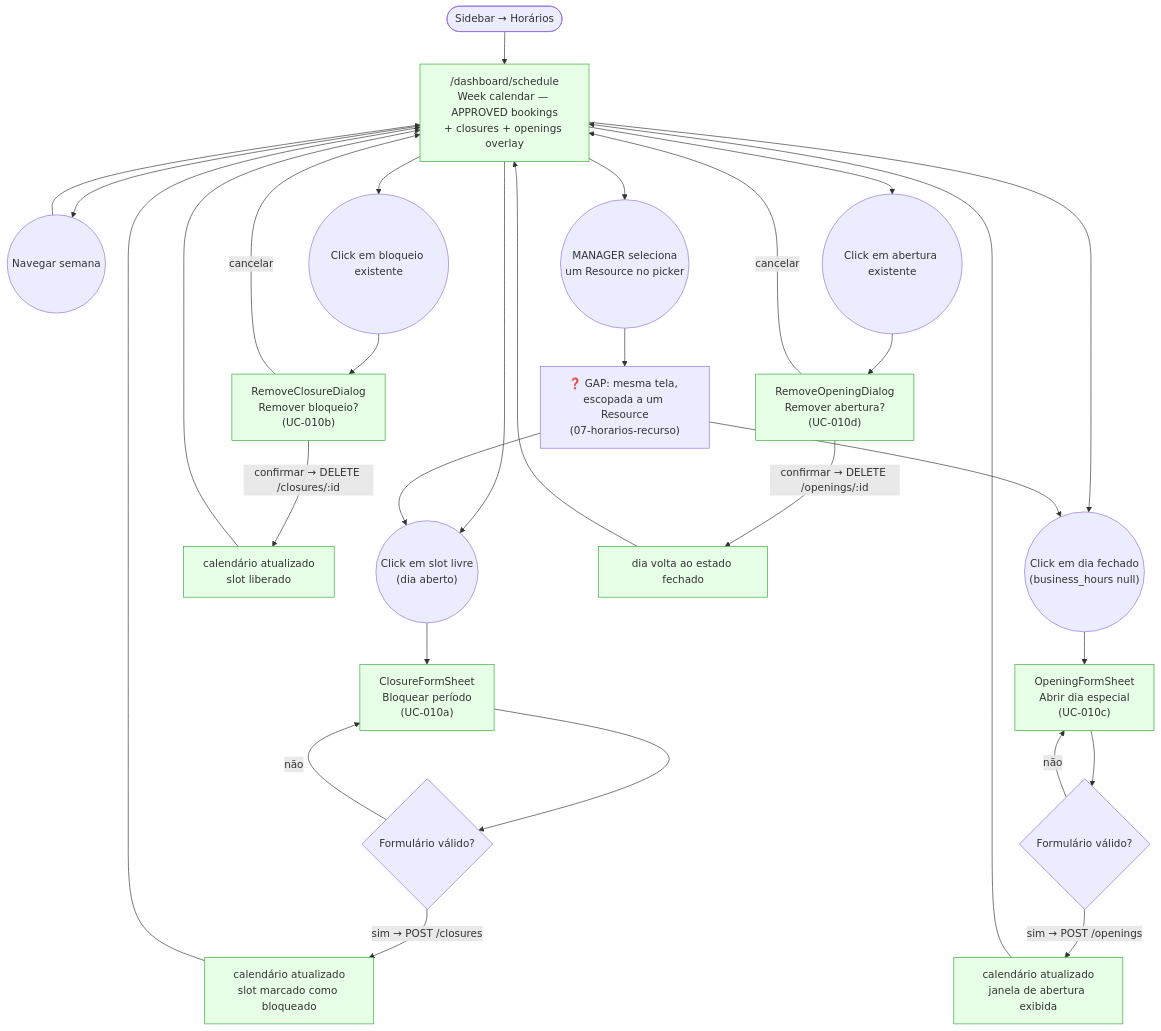
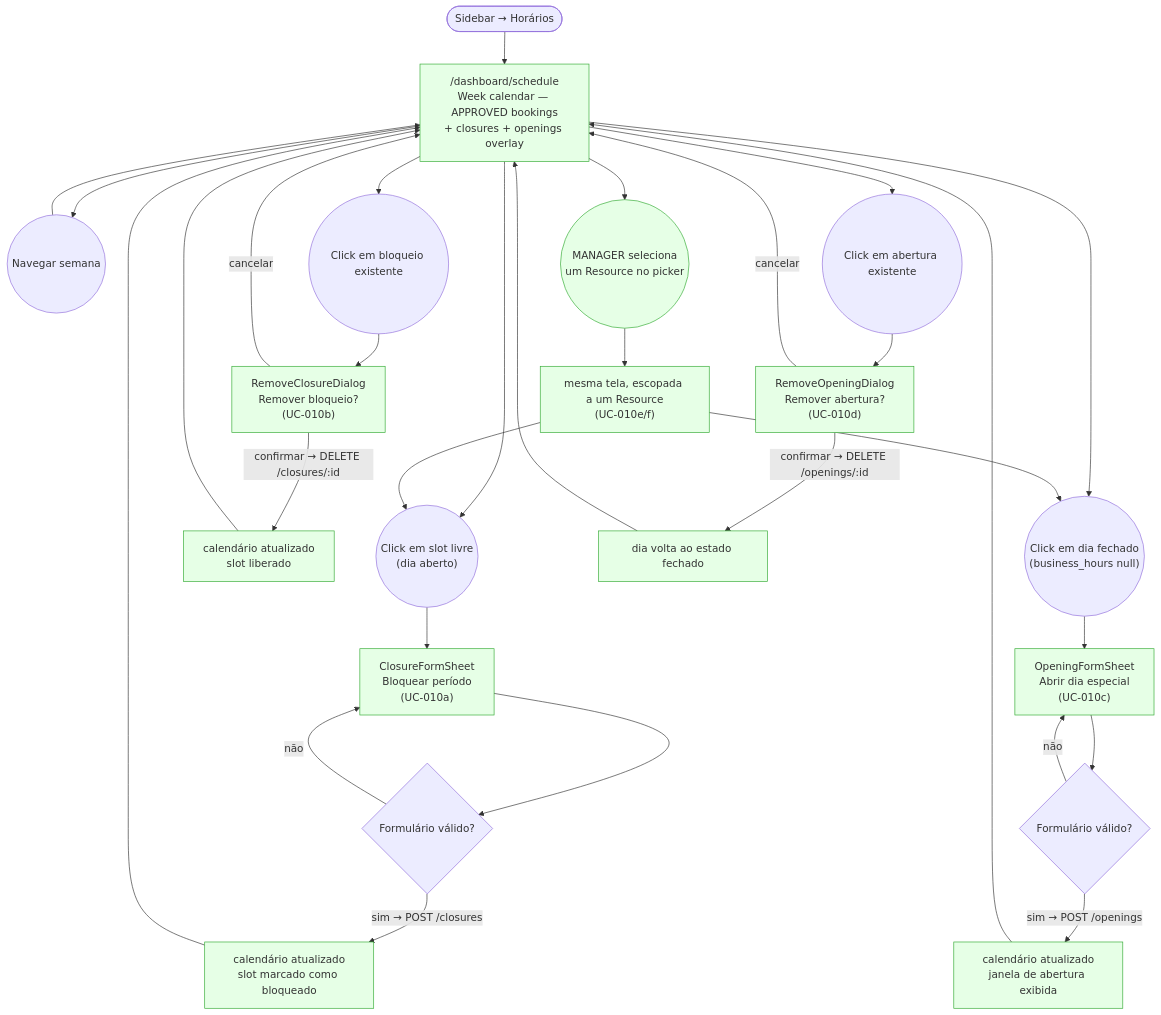
One commit to lmmoreira/ikaro changed the diagram in plan/journey/staff/horarios.md. Above: the diagram before and after it, drawn with Mermaid. The commit also changed other lines of this file and 42 other files, not shown here.

First line of the commit message:
feat(booking): resource-scoped Horários extension frontend — picker + scoped calendar (M21-S05)

````diff
--- a/plan/journey/staff/horarios.md
+++ b/plan/journey/staff/horarios.md
@@ -10,44 +10,46 @@
 ```mermaid
 flowchart TD
     classDef existing fill:#e6ffe6,stroke:#3a3
     classDef gap stroke:#f00,stroke-dasharray: 5 5,fill:#fee
 
     Start(["Sidebar → Horários"]) --> Schedule["/dashboard/schedule<br/>Week calendar — APPROVED bookings<br/>+ closures + openings overlay"]
 
     Schedule --> WeekNav(("Navegar semana"))
     WeekNav --> Schedule
 
     Schedule --> ClickSlot(("Click em slot livre<br/>(dia aberto)"))
     ClickSlot --> ClosureSheet["ClosureFormSheet<br/>Bloquear período<br/>(UC-010a)"]
     ClosureSheet --> ClosureForm{"Formulário válido?"}
     ClosureForm -- não --> ClosureSheet
     ClosureForm -- sim → POST /closures --> ClosureSuccess["calendário atualizado<br/>slot marcado como bloqueado"]
     ClosureSuccess --> Schedule
 
     Schedule --> ClickClosure(("Click em bloqueio existente"))
     ClickClosure --> RemoveClosureSheet["RemoveClosureDialog<br/>Remover bloqueio?<br/>(UC-010b)"]
     RemoveClosureSheet -- cancelar --> Schedule
     RemoveClosureSheet -- confirmar → DELETE /closures/:id --> RemoveClosureSuccess["calendário atualizado<br/>slot liberado"]
     RemoveClosureSuccess --> Schedule
 
     Schedule --> ClickClosedDay(("Click em dia fechado<br/>(business_hours null)"))
     ClickClosedDay --> OpeningSheet["OpeningFormSheet<br/>Abrir dia especial<br/>(UC-010c)"]
     OpeningSheet --> OpeningForm{"Formulário válido?"}
     OpeningForm -- não --> OpeningSheet
     OpeningForm -- sim → POST /openings --> OpeningSuccess["calendário atualizado<br/>janela de abertura exibida"]
     OpeningSuccess --> Schedule
 
     Schedule --> ClickOpening(("Click em abertura existente"))
     ClickOpening --> RemoveOpeningSheet["RemoveOpeningDialog<br/>Remover abertura?<br/>(UC-010d)"]
     RemoveOpeningSheet -- cancelar --> Schedule
     RemoveOpeningSheet -- confirmar → DELETE /openings/:id --> RemoveOpeningSuccess["dia volta ao estado fechado"]
     RemoveOpeningSuccess --> Schedule
 
     class Schedule,ClosureSheet,ClosureSuccess,RemoveClosureSheet,RemoveClosureSuccess,OpeningSheet,OpeningSuccess,RemoveOpeningSheet,RemoveOpeningSuccess existing
 
-    %% M21 Cluster 1 — resource-scoped extension (GAP, MANAGER-only)
+    %% M21 Cluster 1 — resource-scoped extension (MANAGER-only, shipped M21-S05)
     Schedule --> ResourcePick(("MANAGER seleciona<br/>um Resource no picker"))
-    ResourcePick --> ScheduleScoped["❓ GAP: mesma tela, escopada a um Resource<br/>(07-horarios-recurso)"]
+    ResourcePick --> ScheduleScoped["mesma tela, escopada a um Resource<br/>(UC-010e/f)"]
     ScheduleScoped --> ClickSlot
     ScheduleScoped --> ClickClosedDay
+
+    class ResourcePick,ScheduleScoped existing
 ```
````
